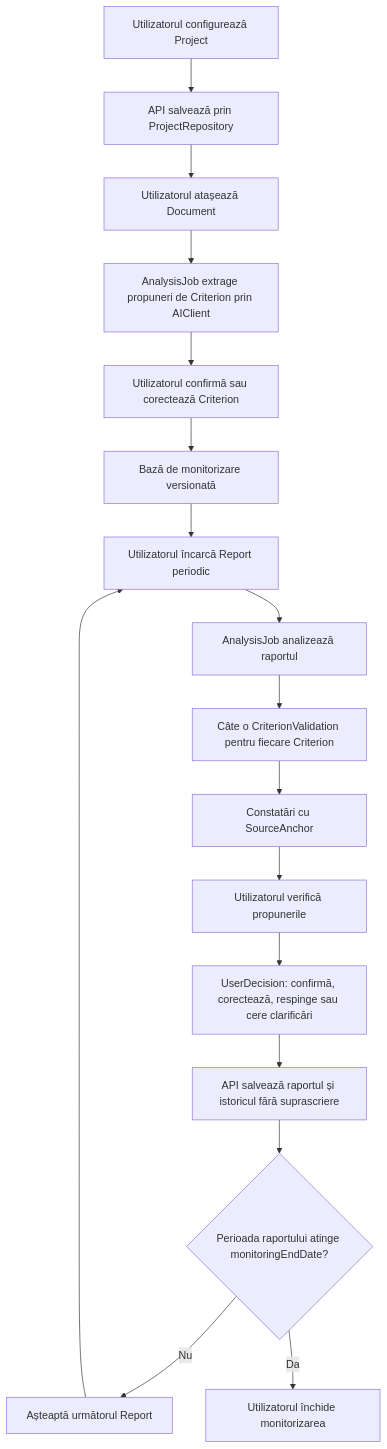
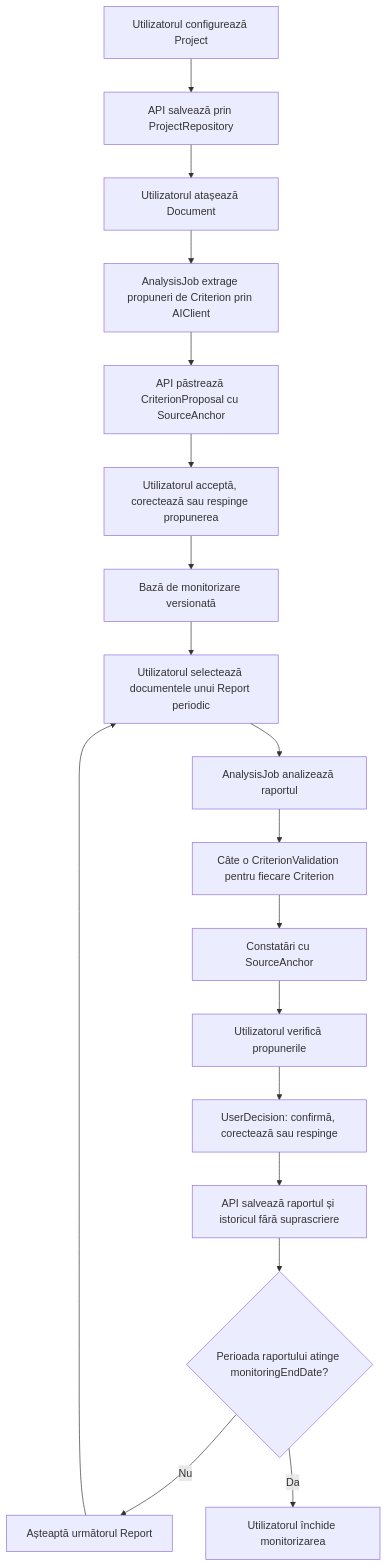
Before and after one commit to lupumihnea/chiatraton-adr-nord-est: the diagram in docs/workflow.md, drawn with Mermaid. The commit also changed other lines of this file and 155 other files, not shown here.

````diff
--- a/docs/workflow.md
+++ b/docs/workflow.md
@@ -9,19 +9,20 @@
 ```mermaid
 flowchart TD
     U1[Utilizatorul configurează Project] --> A1[API salvează prin ProjectRepository]
     A1 --> U2[Utilizatorul atașează Document]
     U2 --> J1[AnalysisJob extrage propuneri de Criterion prin AIClient]
-    J1 --> U3[Utilizatorul confirmă sau corectează Criterion]
+    J1 --> P1[API păstrează CriterionProposal cu SourceAnchor]
+    P1 --> U3[Utilizatorul acceptă, corectează sau respinge propunerea]
     U3 --> B1[Bază de monitorizare versionată]
-    B1 --> U4[Utilizatorul încarcă Report periodic]
+    B1 --> U4[Utilizatorul selectează documentele unui Report periodic]
     U4 --> J2[AnalysisJob analizează raportul]
     J2 --> V1[Câte o CriterionValidation pentru fiecare Criterion]
     V1 --> S1[Constatări cu SourceAnchor]
     S1 --> U5[Utilizatorul verifică propunerile]
-    U5 --> D1[UserDecision: confirmă, corectează, respinge sau cere clarificări]
+    U5 --> D1[UserDecision: confirmă, corectează sau respinge]
     D1 --> H1[API salvează raportul și istoricul fără suprascriere]
     H1 --> E{Perioada raportului atinge monitoringEndDate?}
     E -- Nu --> W[Așteaptă următorul Report]
     W --> U4
     E -- Da --> C[Utilizatorul închide monitorizarea]
 ```
````
